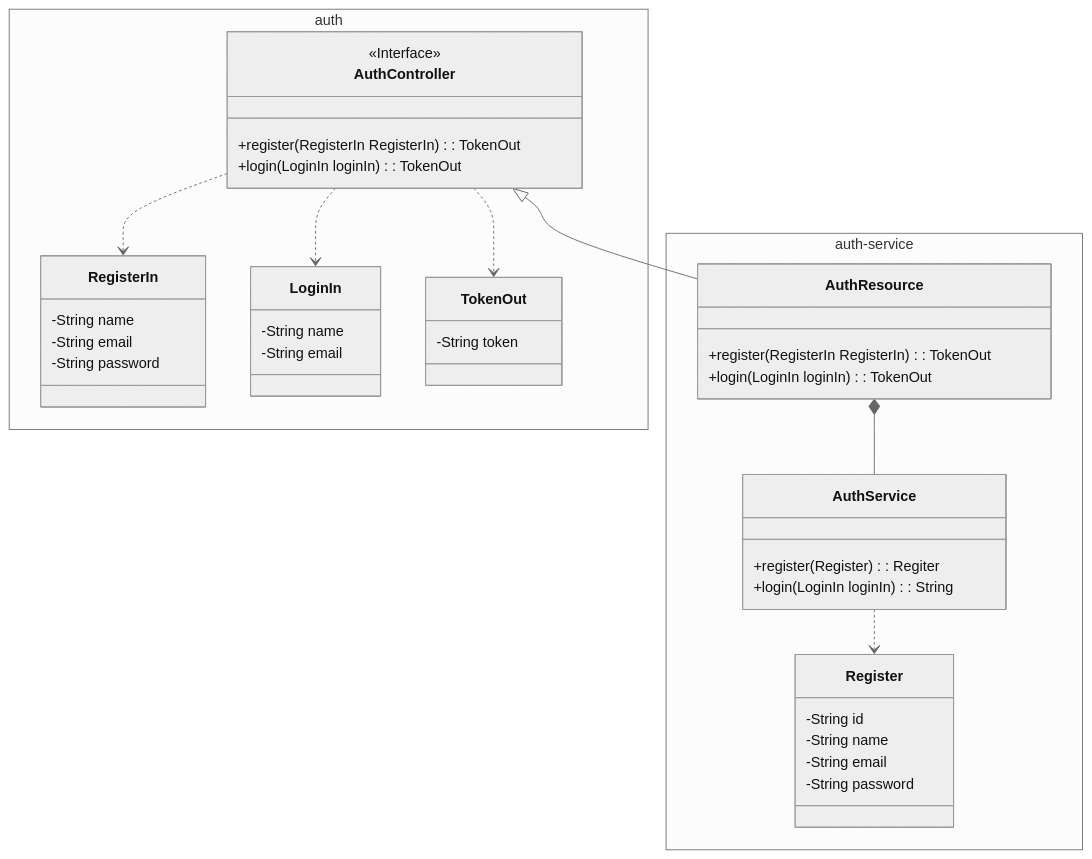
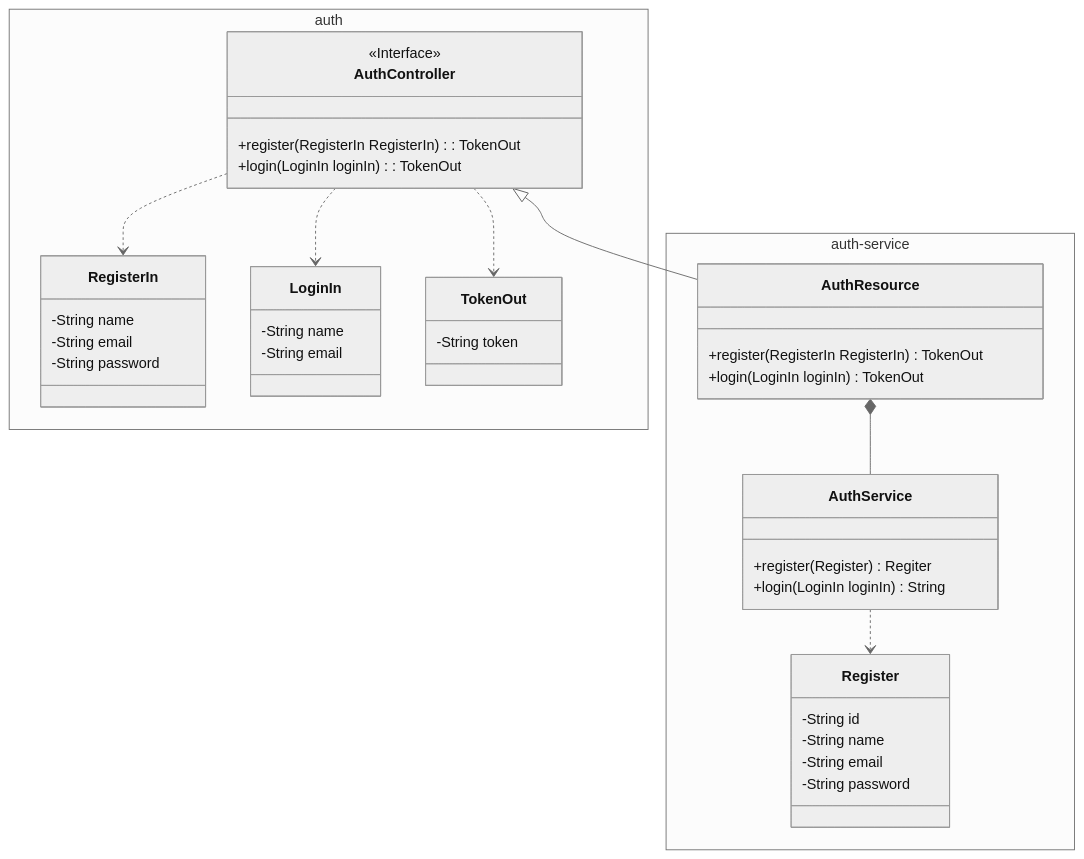
The diagram in docs/checkpoints/checkpoint3.md (laupontiroli/platform_api-serv), drawn with Mermaid (neutral theme) before and after one commit. The commit also changed other lines of this file and 17 other files, not shown here.

````diff
--- a/docs/checkpoints/checkpoint3.md
+++ b/docs/checkpoints/checkpoint3.md
@@ -8,45 +8,45 @@
 ``` mermaid
 classDiagram
     namespace auth {
         class AuthController {
             +register(RegisterIn RegisterIn): TokenOut
             +login(LoginIn loginIn): TokenOut
         }
         class RegisterIn {
             -String name
             -String email
             -String password
         }
         class LoginIn {
             -String name
             -String email
         }
         class TokenOut {
             -String token
         }
     }
     namespace auth-service {
         class AuthResource {
-            +register(RegisterIn RegisterIn): TokenOut
-            +login(LoginIn loginIn): TokenOut
+            +register(RegisterIn RegisterIn) TokenOut
+            +login(LoginIn loginIn) TokenOut
         }
         class AuthService {
-            +register(Register): Regiter
-            +login(LoginIn loginIn): String
+            +register(Register) Regiter
+            +login(LoginIn loginIn) String
         }
         class Register {
             -String id
             -String name
             -String email
             -String password
         }
     }
     <<Interface>> AuthController
     AuthController ..> RegisterIn
     AuthController ..> LoginIn
     AuthController ..> TokenOut
 
     AuthController <|-- AuthResource
     AuthResource *-- AuthService
     AuthService ..> Register
 ```
````
